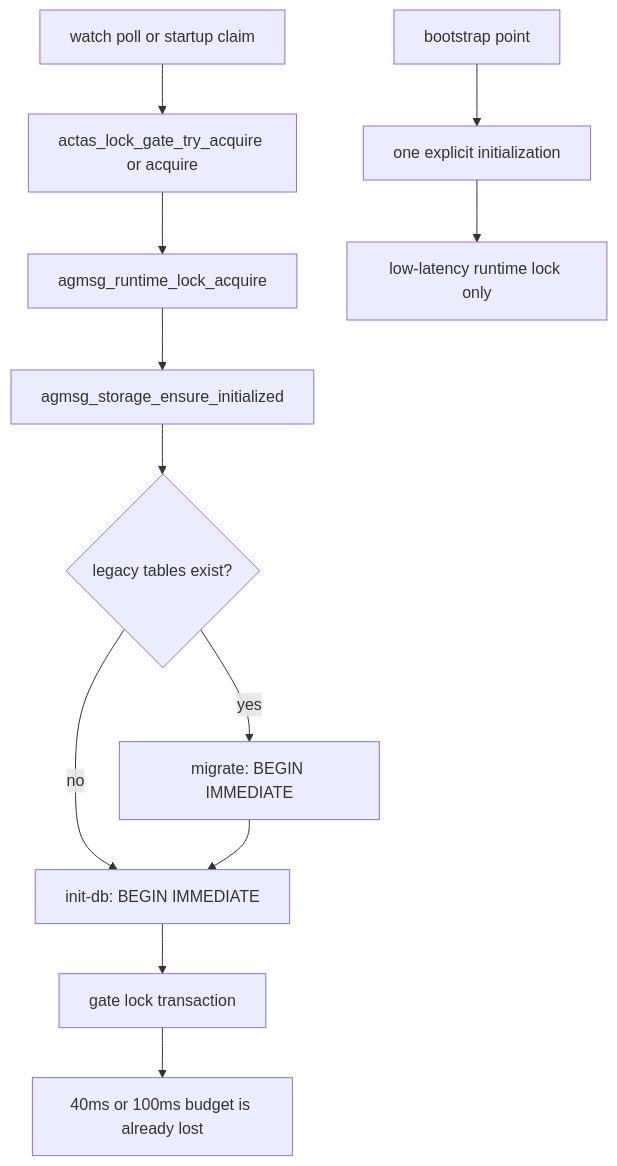
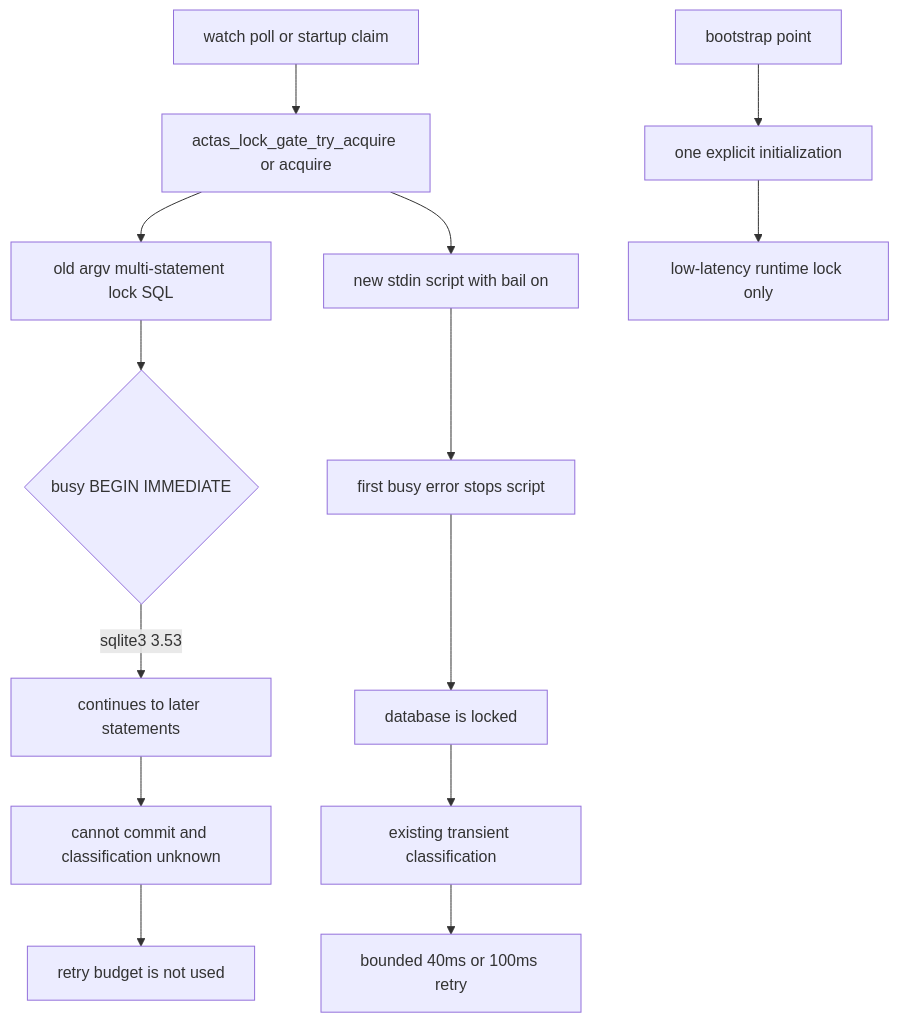
Before and after one commit to kappaseijin/agmsg: the diagram in docs/decisions/2026-09-05T030329_issue-223-delivery-gate-runtime-initialization-design.md, drawn with Mermaid. The commit also changed other lines of this file, not shown here.

Commit message:
docs: add sqlite bail barrier to issue 223 design

````diff
--- a/docs/decisions/2026-09-05T030329_issue-223-delivery-gate-runtime-initialization-design.md
+++ b/docs/decisions/2026-09-05T030329_issue-223-delivery-gate-runtime-initialization-design.md
@@ -55,15 +74,18 @@
 ```mermaid
 flowchart TD
   W[watch poll or startup claim] --> G[actas_lock_gate_try_acquire or acquire]
-  G --> R[agmsg_runtime_lock_acquire]
-  R --> I[agmsg_storage_ensure_initialized]
-  I --> Q{legacy tables exist?}
-  Q -->|yes| M[migrate: BEGIN IMMEDIATE]
-  Q -->|no| D[init-db: BEGIN IMMEDIATE]
-  M --> D
-  D --> L[gate lock transaction]
-  L --> X[40ms or 100ms budget is already lost]
+  G --> O[old argv multi-statement lock SQL]
+  O --> H{busy BEGIN IMMEDIATE}
+  H -->|sqlite3 3.53| C[continues to later statements]
+  C --> U[cannot commit and classification unknown]
+  U --> F[retry budget is not used]
 
-  B[bootstrap point] --> I2[one explicit initialization]
-  I2 --> L2[low-latency runtime lock only]
+  G --> N[new stdin script with bail on]
+  N --> T[first busy error stops script]
+  T --> R[database is locked]
+  R --> B[existing transient classification]
+  B --> Q[bounded 40ms or 100ms retry]
+
+  P[bootstrap point] --> I[one explicit initialization]
+  I --> L[low-latency runtime lock only]
 ```
````
